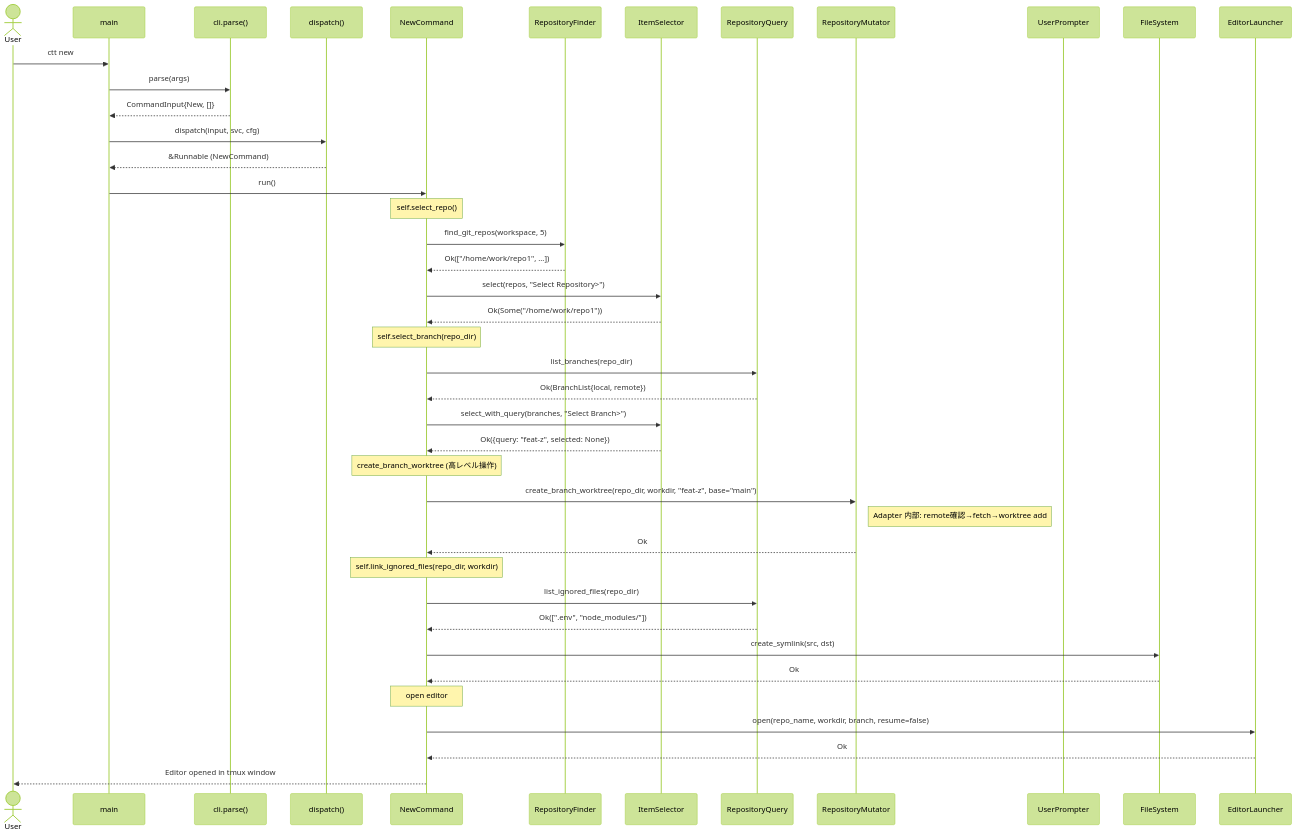
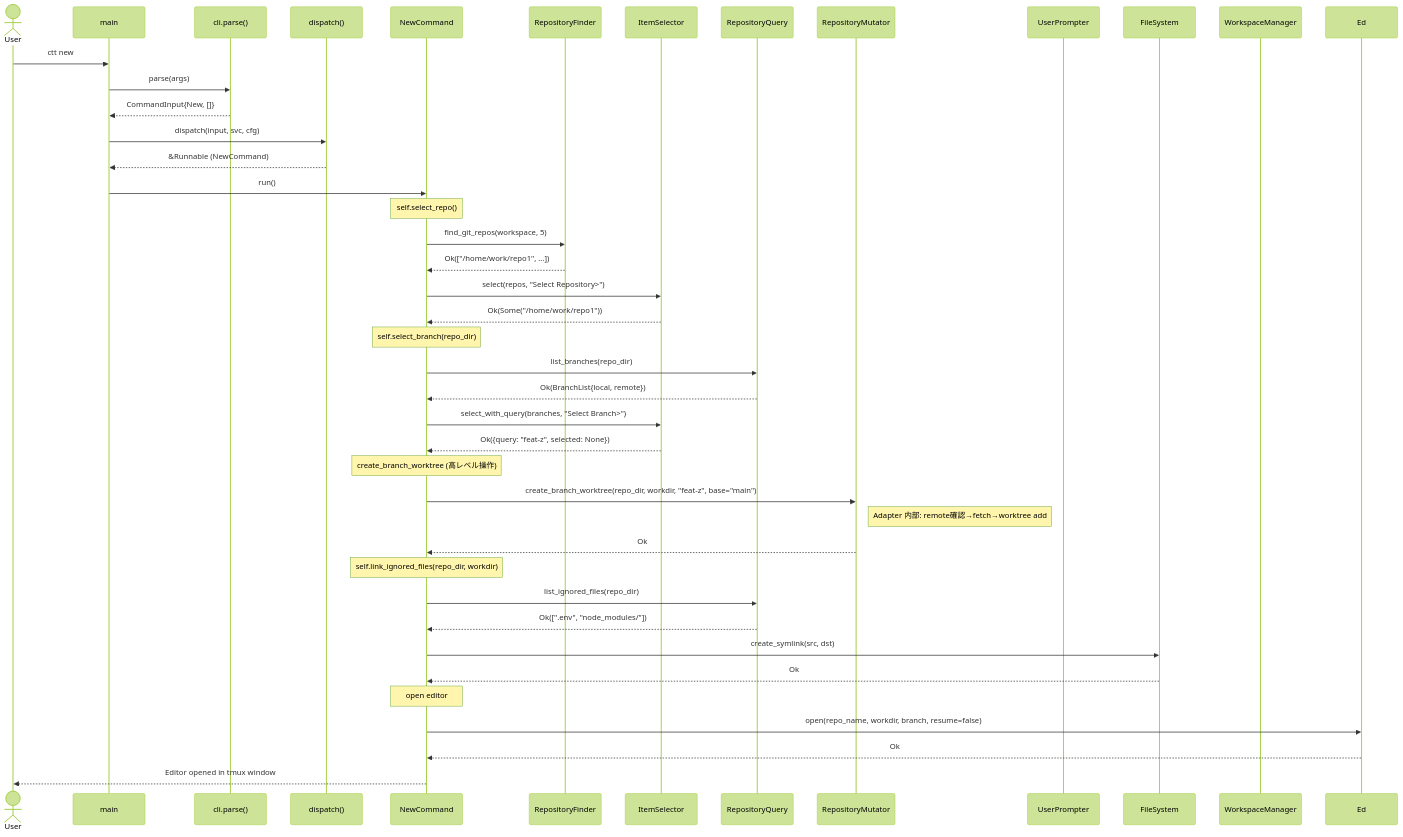
Before and after one commit to foresta/ctt: the sixth of 7 diagrams in src/commands/architecture.md, drawn with Mermaid (forest theme). The commit also changed other lines of this file and 30 other files, not shown here.

````diff
--- a/src/commands/architecture.md
+++ b/src/commands/architecture.md
@@ -205,50 +198,50 @@
 ```mermaid
 sequenceDiagram
     actor User
     participant Main as main
     participant CLI as cli.parse()
     participant Dispatch as dispatch()
     participant New as NewCommand
     participant RF as RepositoryFinder
     participant Sel as ItemSelector
     participant RQ as RepositoryQuery
     participant RM as RepositoryMutator
     participant UP as UserPrompter
     participant FS as FileSystem
-    participant Ed as EditorLauncher
+    participant WS as WorkspaceManager
 
     User->>Main: ctt new
     Main->>CLI: parse(args)
     CLI-->>Main: CommandInput{New, []}
     Main->>Dispatch: dispatch(input, svc, cfg)
     Dispatch-->>Main: &Runnable (NewCommand)
     Main->>New: run()
 
     Note over New: self.select_repo()
     New->>RF: find_git_repos(workspace, 5)
     RF-->>New: Ok(["/home/work/repo1", ...])
     New->>Sel: select(repos, "Select Repository>")
     Sel-->>New: Ok(Some("/home/work/repo1"))
 
     Note over New: self.select_branch(repo_dir)
     New->>RQ: list_branches(repo_dir)
     RQ-->>New: Ok(BranchList{local, remote})
     New->>Sel: select_with_query(branches, "Select Branch>")
     Sel-->>New: Ok({query: "feat-z", selected: None})
 
     Note over New: create_branch_worktree (高レベル操作)
     New->>RM: create_branch_worktree(repo_dir, workdir, "feat-z", base="main")
     Note right of RM: Adapter 内部: remote確認→fetch→worktree add
     RM-->>New: Ok
 
     Note over New: self.link_ignored_files(repo_dir, workdir)
     New->>RQ: list_ignored_files(repo_dir)
     RQ-->>New: Ok([".env", "node_modules/"])
     New->>FS: create_symlink(src, dst)
     FS-->>New: Ok
 
     Note over New: open editor
     New->>Ed: open(repo_name, workdir, branch, resume=false)
     Ed-->>New: Ok
     New-->>User: Editor opened in tmux window
 ```
````
